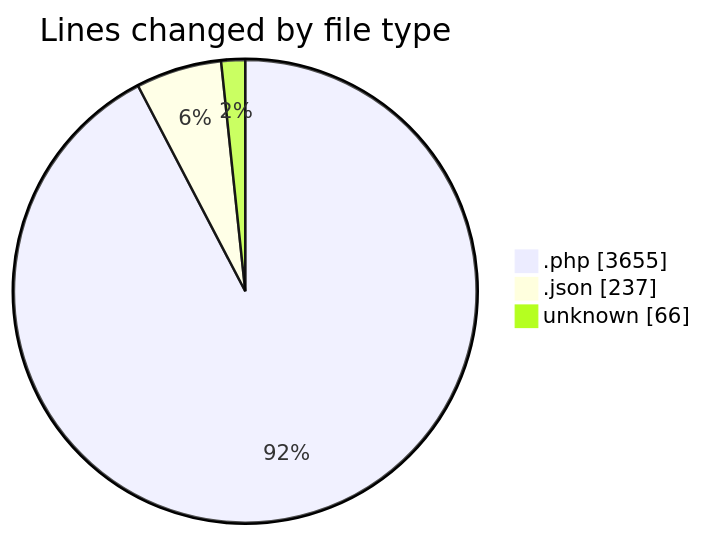
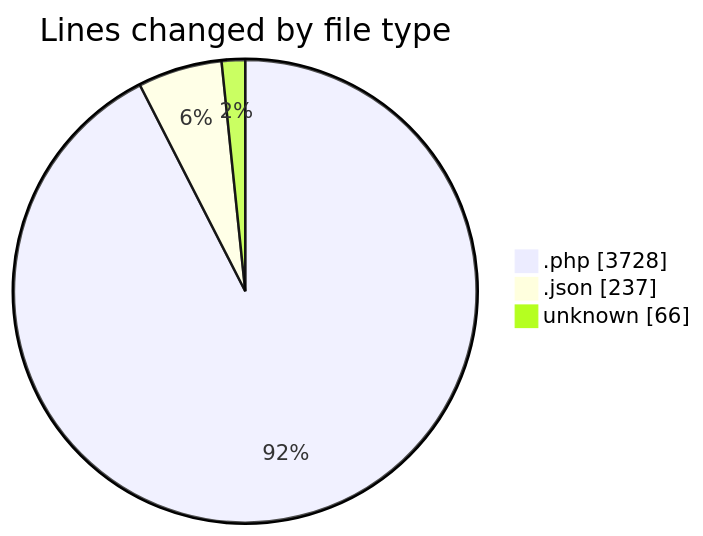
The first of 2 diagrams in 2025-06-06/sewa-mobil/README.md (idhammustaqopulfikri/code-tracking), drawn with Mermaid before and after one commit. The commit also changed other lines of this file and 1 other file, not shown here.

````diff
--- a/2025-06-06/sewa-mobil/README.md
+++ b/2025-06-06/sewa-mobil/README.md
@@ -33,7 +35,7 @@
 ```mermaid
 pie showData
 title Lines changed by file type
-".php" : 3655
+".php" : 3728
 ".json" : 237
 "unknown" : 66
 ```
````
